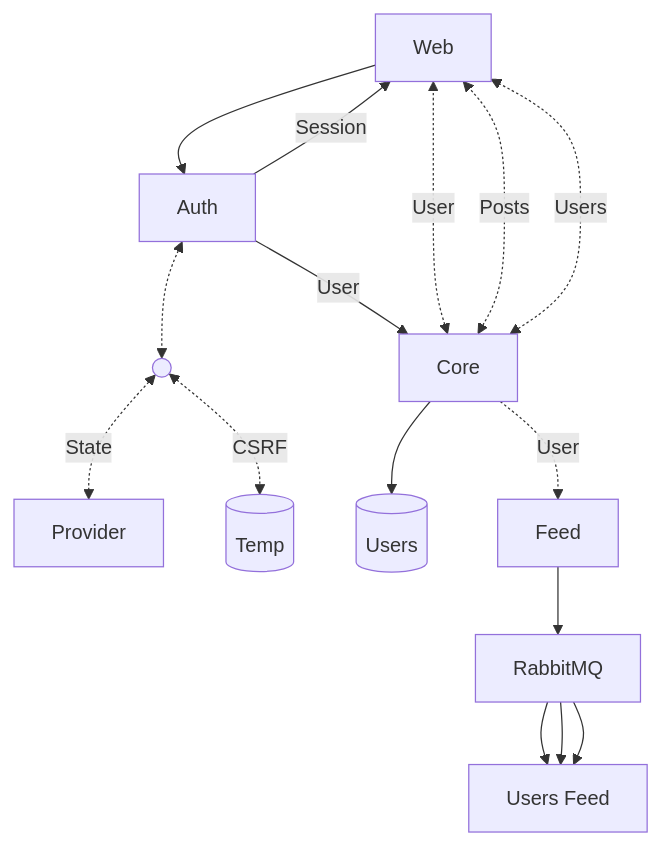
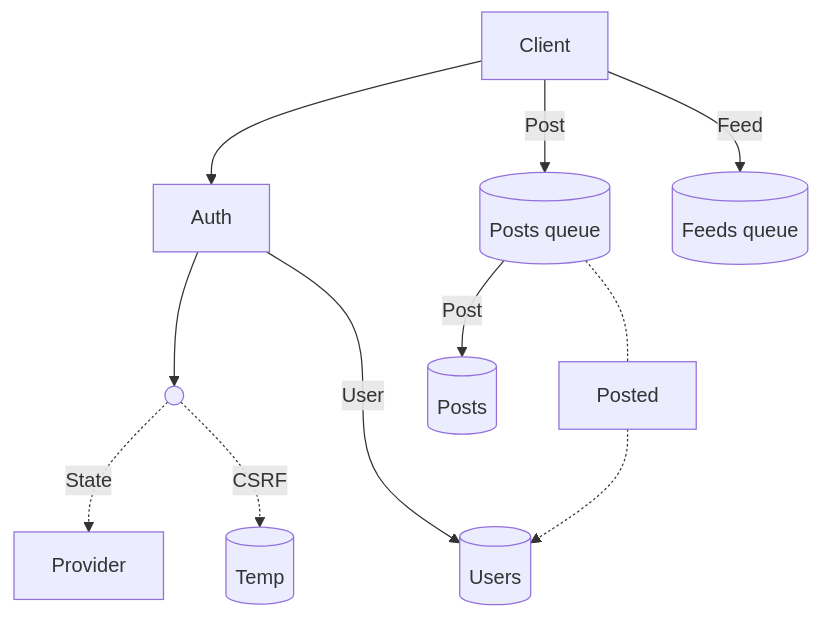
The diagram in docs/notes.md (rafaelrcamargo/logos), drawn with Mermaid before and after one commit. The commit also changed other lines of this file and 20 other files, not shown here.

````diff
--- a/docs/notes.md
+++ b/docs/notes.md
@@ -24,24 +24,20 @@
 ```mermaid
 flowchart TB
-    Web --> Auth
+    Client --> Auth
 
     %% Auth flow
-    Auth <-.-> A(( ))
-    A(( )) <-. State .-> Provider
-    A(( )) <-. CSRF .-> Temp[(Temp)]
-    Auth -- Session --> Web
-    Auth -- User --> Core
-    Core --> Users[(Users)]
+    Auth --> A(( ))
+    A(( )) -. State .-> Provider
+    A(( )) -. CSRF .-> Temp[(Temp)]
+    Auth -- User --> Users[(Users)]
 
-    %% Web flow
-    Core <-. User .-> Web
-    Core <-. Posts .-> Web
-    Core <-. Users .-> Web
+    %% User flow
+
+    %% Posts flow
+    Client -- Post --> Posts_queue[(Posts queue)]
+    Posts_queue[(Posts queue)] -- Post --> Posts[(Posts)]
+    Posts_queue[(Posts queue)] -.- Posted .-> Users[(Users)]
 
     %% Feed flow
-    Core -. User .-> Feed
-    Feed --> RabbitMQ
-    RabbitMQ --> a[Users Feed]
-    RabbitMQ --> a[Users Feed]
-    RabbitMQ --> a[Users Feed]
+    Client -- Feed --> Feeds_queue[(Feeds queue)]
 ```
````
